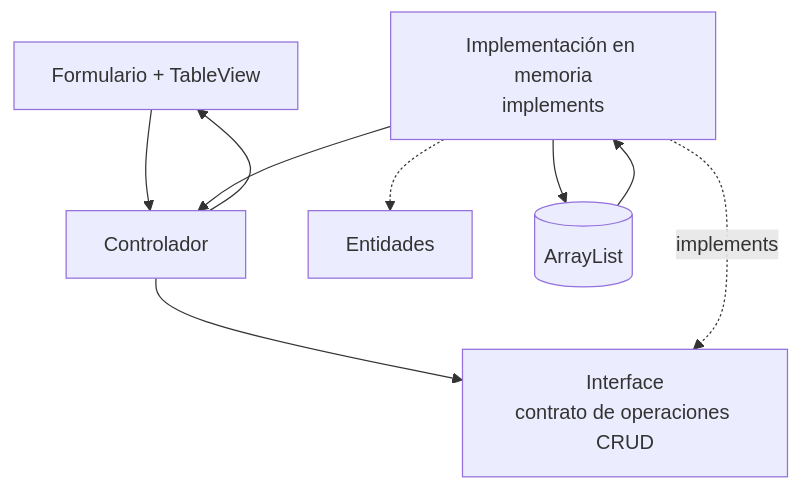
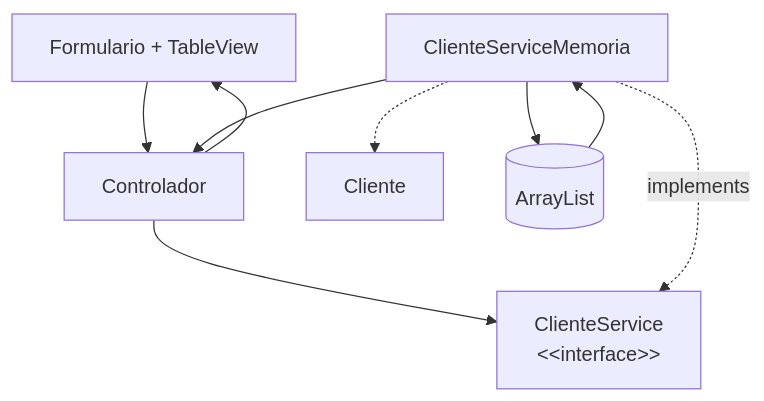
Before and after one commit to 262poo/comarket: the diagram in docs/S08_CRUD_GUI_Memoria.md, drawn with Mermaid. The commit also changed other lines of this file and 9 other files, not shown here.

````diff
--- a/docs/S08_CRUD_GUI_Memoria.md
+++ b/docs/S08_CRUD_GUI_Memoria.md
@@ -51,18 +51,18 @@
 ```mermaid
 flowchart TB
     Vista["Formulario + TableView"]
     Controlador["Controlador"]
-    Contrato["Interface<br/>contrato de operaciones CRUD"]
-    Servicio["Implementación en memoria<br/>implements"]
-    Entidades["Entidades"]
+    Contrato["ClienteService<br/>&lt;&lt;interface&gt;&gt;"]
+    Servicio["ClienteServiceMemoria"]
+    Entidades["Cliente"]
     Memoria[("ArrayList")]
 
     Vista --> Controlador
     Controlador --> Contrato
     Servicio -. implements .-> Contrato
     Servicio -.-> Entidades
     Servicio --> Memoria
     Memoria --> Servicio
     Servicio --> Controlador
     Controlador --> Vista
 ```
````
